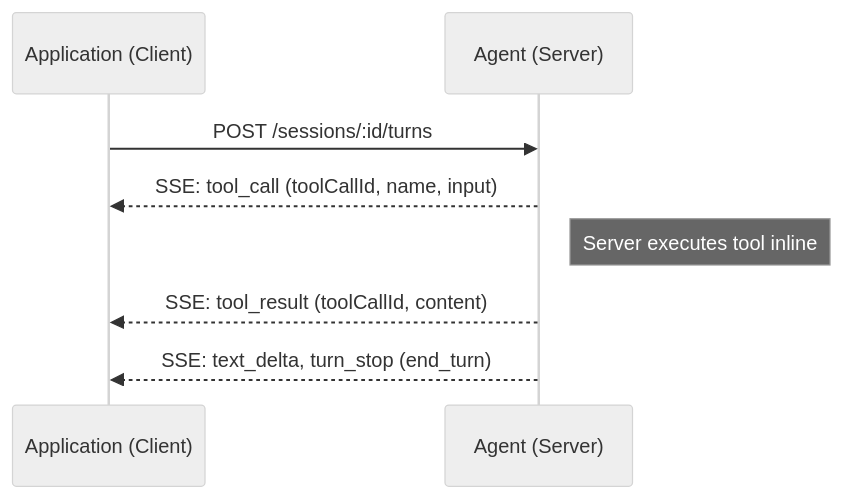
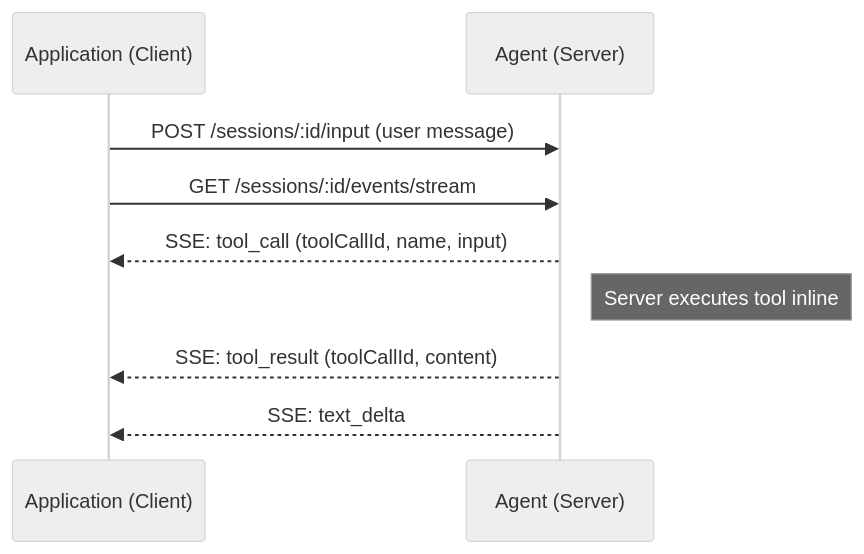
Before and after one commit to agentapplicationprotocol/agent-application-protocol: the second of 4 diagrams in docs/tool-call.md, drawn with Mermaid (neutral theme). The commit also changed other lines of this file and 27 other files, not shown here.

````diff
--- a/docs/tool-call.md
+++ b/docs/tool-call.md
@@ -44,11 +44,12 @@
 ```mermaid
 sequenceDiagram
     participant App as Application (Client)
     participant Agent as Agent (Server)
 
-    App->>Agent: POST /sessions/:id/turns
+    App->>Agent: POST /sessions/:id/input (user message)
+    App->>Agent: GET /sessions/:id/events/stream
     Agent-->>App: SSE: tool_call (toolCallId, name, input)
     Note right of Agent: Server executes tool inline
     Agent-->>App: SSE: tool_result (toolCallId, content)
-    Agent-->>App: SSE: text_delta, turn_stop (end_turn)
+    Agent-->>App: SSE: text_delta
 ```
````
